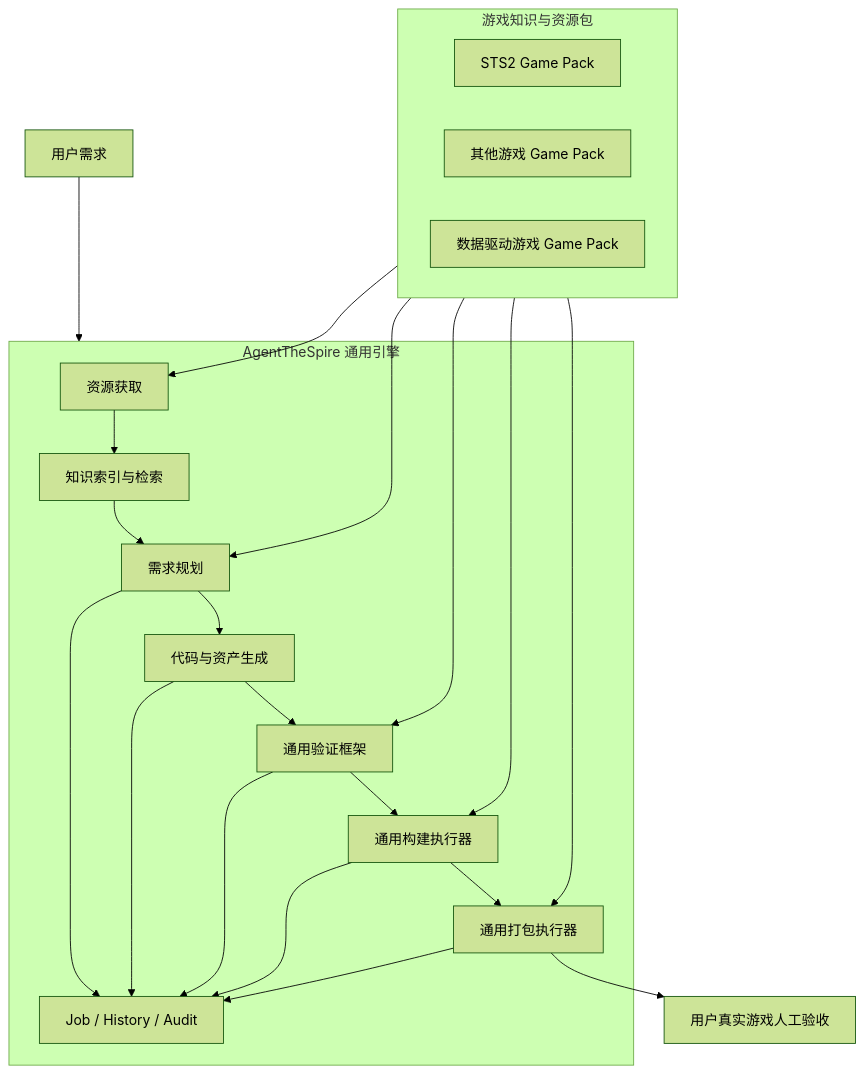
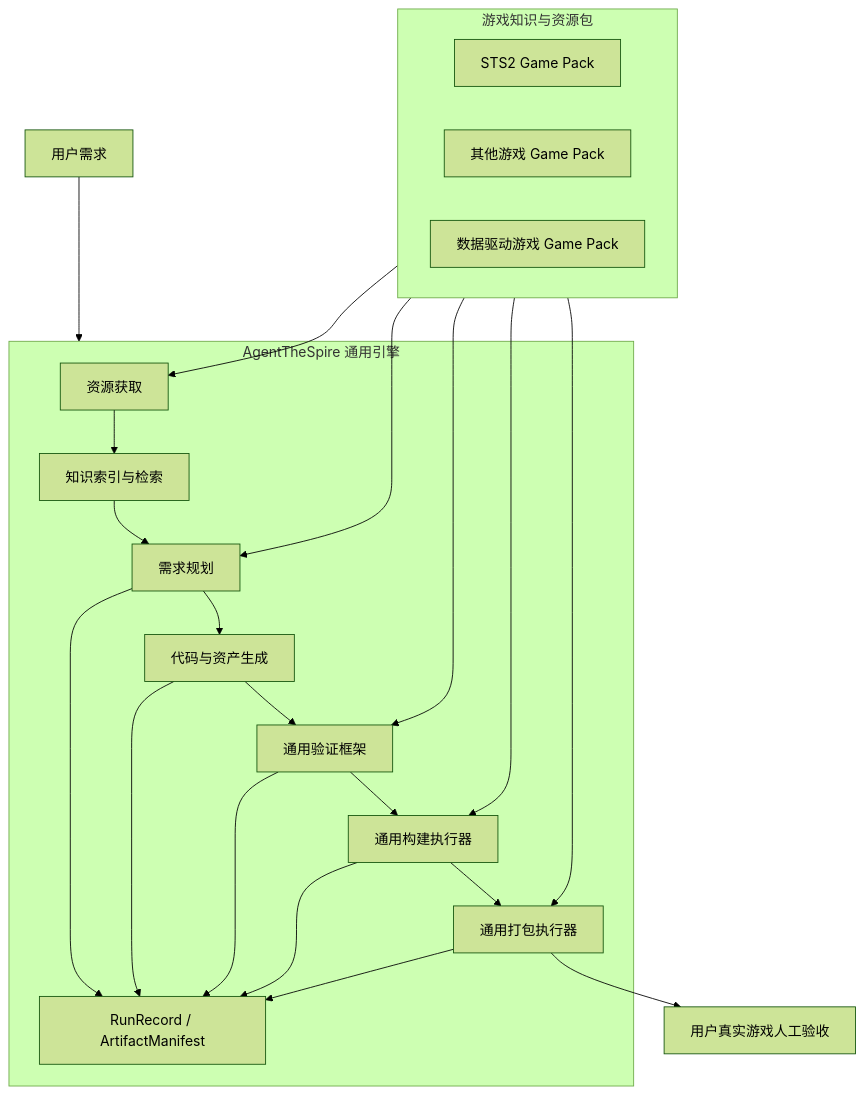
Before and after one commit to Frashmeat/AgentForSTS2: the first of 2 diagrams in docs/03-当前方案/通用Mod流水线与Game-Pack边界.md, drawn with Mermaid (forest theme). The commit also changed other lines of this file and 64 other files, not shown here.

Commit message:
feat(runtime): 建立 Run 与 Artifact 产物契约

````diff
--- a/docs/03-当前方案/通用Mod流水线与Game-Pack边界.md
+++ b/docs/03-当前方案/通用Mod流水线与Game-Pack边界.md
@@ -28,32 +28,32 @@
 ```mermaid
 flowchart TB
     User["用户需求"] --> Core
 
     subgraph Core["AgentTheSpire 通用引擎"]
         Acquire["资源获取"] --> Index["知识索引与检索"]
         Index --> Plan["需求规划"]
         Plan --> Generate["代码与资产生成"]
         Generate --> Validate["通用验证框架"]
         Validate --> Build["通用构建执行器"]
         Build --> Package["通用打包执行器"]
-        Trace["Job / History / Audit"]
+        Trace["RunRecord / ArtifactManifest"]
     end
 
     subgraph Packs["游戏知识与资源包"]
         STS2["STS2 Game Pack"]
         GameB["其他游戏 Game Pack"]
         GameC["数据驱动游戏 Game Pack"]
     end
 
     Packs --> Acquire
     Packs --> Plan
     Packs --> Validate
     Packs --> Build
     Packs --> Package
     Plan --> Trace
     Generate --> Trace
     Validate --> Trace
     Build --> Trace
     Package --> Trace
     Package --> Manual["用户真实游戏人工验收"]
 ```
````
